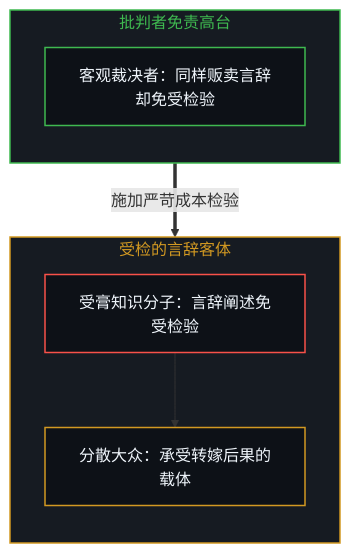
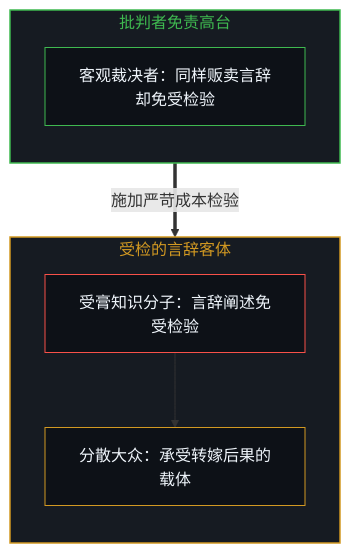
Before and after one commit to powerpig99/not-a-toe: the fifth of 8 diagrams in content/posts/the-unexamined-critic.md, drawn with Mermaid. The commit also changed other lines of this file and 7 other files, not shown here.

````diff
--- a/content/posts/the-unexamined-critic.md
+++ b/content/posts/the-unexamined-critic.md
@@ -147,25 +133,19 @@
 ```mermaid
 flowchart TD
-    classDef default fill:#0d1117,stroke:#30363d,stroke-width:1px,color:#f0f6fc;
-    classDef mind fill:#0d1117,stroke:#3fb950,stroke-width:1.5px,color:#f0f6fc;
-    classDef warn fill:#0d1117,stroke:#d29922,stroke-width:1.5px,color:#f0f6fc;
-    classDef fail fill:#0d1117,stroke:#f85149,stroke-width:1.5px,color:#f0f6fc;
-    classDef model fill:#0d1117,stroke:#58a6ff,stroke-width:1.5px,color:#f0f6fc;
-
     subgraph S_Critic ["批判者免责高台"]
         direction TB
-        CriticSeat["客观裁决者：同样贩卖言辞却免受检验"]:::mind
+        CriticSeat["客观裁决者：同样贩卖言辞却免受检验"]
     end
-
     subgraph S_Anointed ["受检的言辞客体"]
         direction TB
-        AnointedUnits["受膏知识分子：言辞阐述免受检验"]:::fail
-        MarketReality["分散大众：承受转嫁后果的载体"]:::warn
+        AnointedUnits["受膏知识分子：言辞阐述免受检验"]
+        MarketReality["分散大众：承受转嫁后果的载体"]
         AnointedUnits --> MarketReality
     end
-
     S_Critic ==> |施加严苛成本检验| S_Anointed
-
     style S_Critic fill:#161b22,stroke:#3fb950,stroke-width:1.5px,color:#3fb950
     style S_Anointed fill:#161b22,stroke:#d29922,stroke-width:1.5px,color:#d29922
+    style CriticSeat fill:#0d1117,stroke:#3fb950,stroke-width:1px,color:#f0f6fc
+    style AnointedUnits fill:#0d1117,stroke:#f85149,stroke-width:1px,color:#f0f6fc
+    style MarketReality fill:#0d1117,stroke:#d29922,stroke-width:1px,color:#f0f6fc
 ```
````
